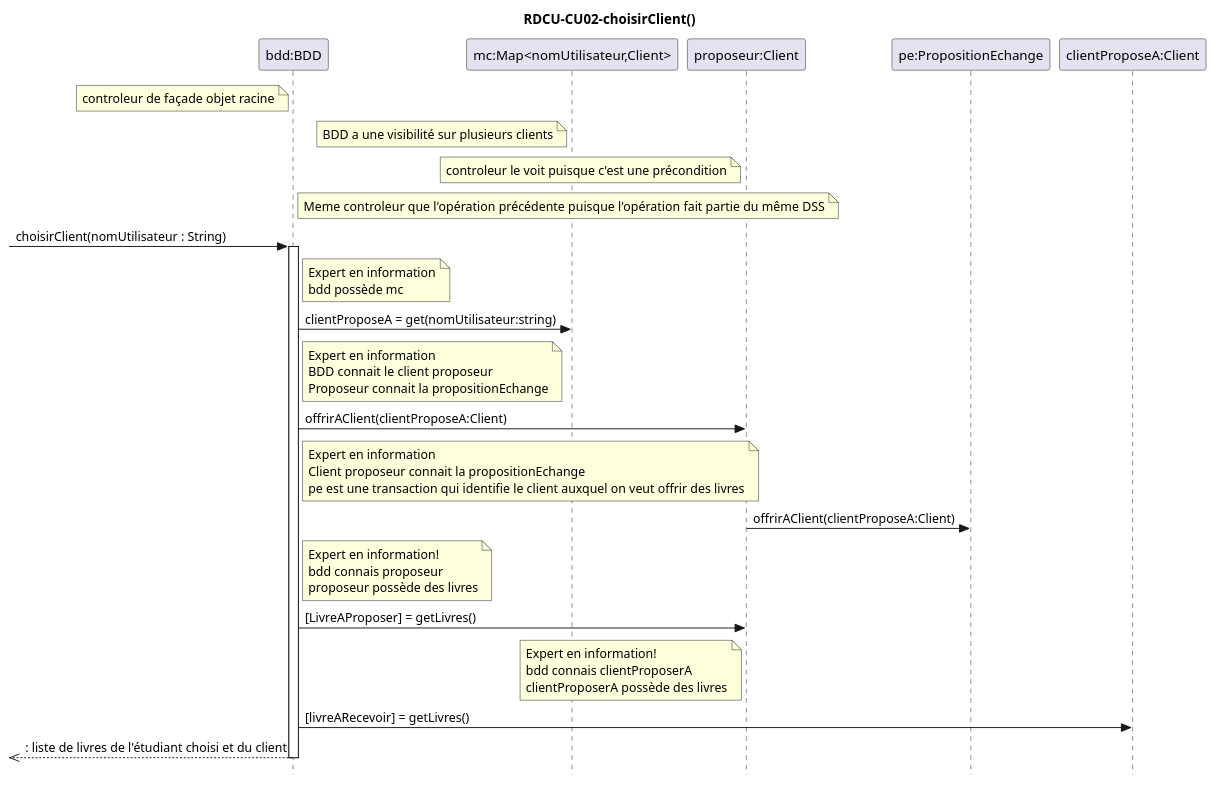
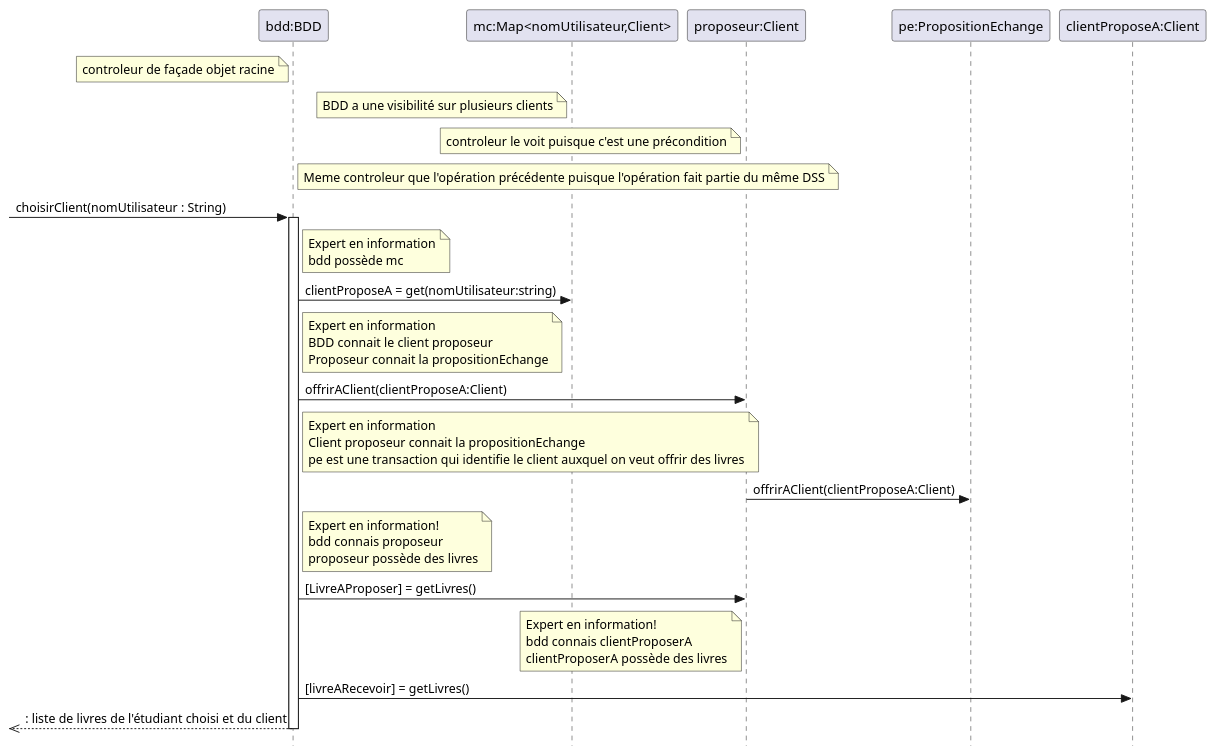
Before and after one commit to yvanross/LOG210-exercices: the ninth of 14 diagrams in DCU-CU-MDD-DSS-CON-RDCU-DCC/MDD-DSS-CON-RDCU-DCL-systeme-echange-livre.md, drawn with PlantUML. The commit also changed other lines of this file and 50 other files, not shown here.

````diff
--- a/DCU-CU-MDD-DSS-CON-RDCU-DCC/MDD-DSS-CON-RDCU-DCL-systeme-echange-livre.md
+++ b/DCU-CU-MDD-DSS-CON-RDCU-DCC/MDD-DSS-CON-RDCU-DCL-systeme-echange-livre.md
@@ -418,36 +411,36 @@
 ```plantuml
 @startuml
-title RDCU-CU02-choisirClient()
+
 skinparam style strictuml
 participant "bdd:BDD" as CTRL
 note left of CTRL: controleur de façade objet racine
 participant "mc:Map<nomUtilisateur,Client>" as MC
 note left of MC: BDD a une visibilité sur plusieurs clients
 participant "proposeur:Client" as CP
 note left of CP: controleur le voit puisque c'est une précondition
 participant "pe:PropositionEchange" as PE
 
 participant "clientProposeA:Client" as CPA
 
 note right of CTRL: Meme controleur que l'opération précédente puisque l'opération fait partie du même DSS
 -> CTRL: choisirClient(nomUtilisateur : String)
   activate CTRL
   note right of CTRL: Expert en information\nbdd possède mc
   CTRL->MC: clientProposeA = get(nomUtilisateur:string)
   
   note right of CTRL: Expert en information\nBDD connait le client proposeur\nProposeur connait la propositionEchange
   CTRL->CP:   offrirAClient(clientProposeA:Client)
 
   note right of CTRL: Expert en information\nClient proposeur connait la propositionEchange\npe est une transaction qui identifie le client auxquel on veut offrir des livres
   CP->PE:   offrirAClient(clientProposeA:Client)
   
   note right of CTRL: Expert en information!\nbdd connais proposeur\nproposeur possède des livres
   CTRL->CP: [LivreAProposer] = getLivres()
   
   note left of CP: Expert en information!\nbdd connais clientProposerA\nclientProposerA possède des livres
   
   CTRL -> CPA: [livreARecevoir] = getLivres()
   <<--CTRL: : liste de livres de l'étudiant choisi et du client
 deactivate CTRL
 @enduml
 ```
````
